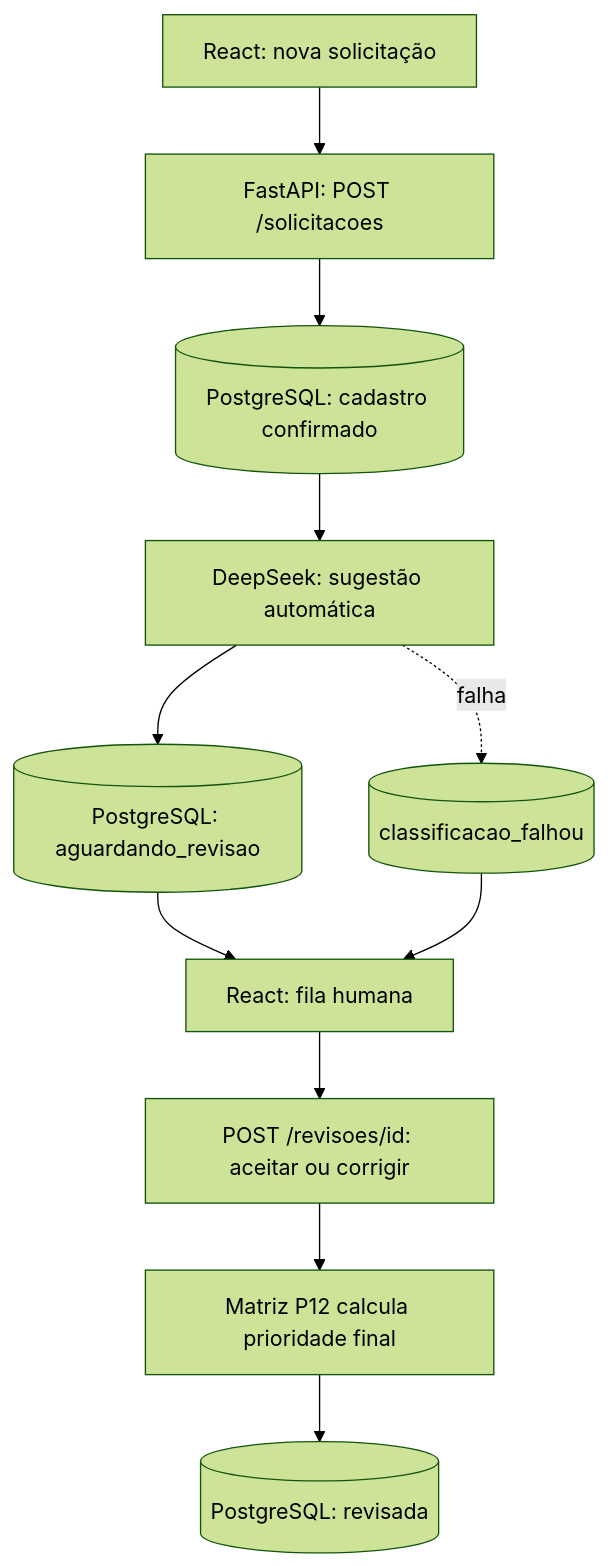
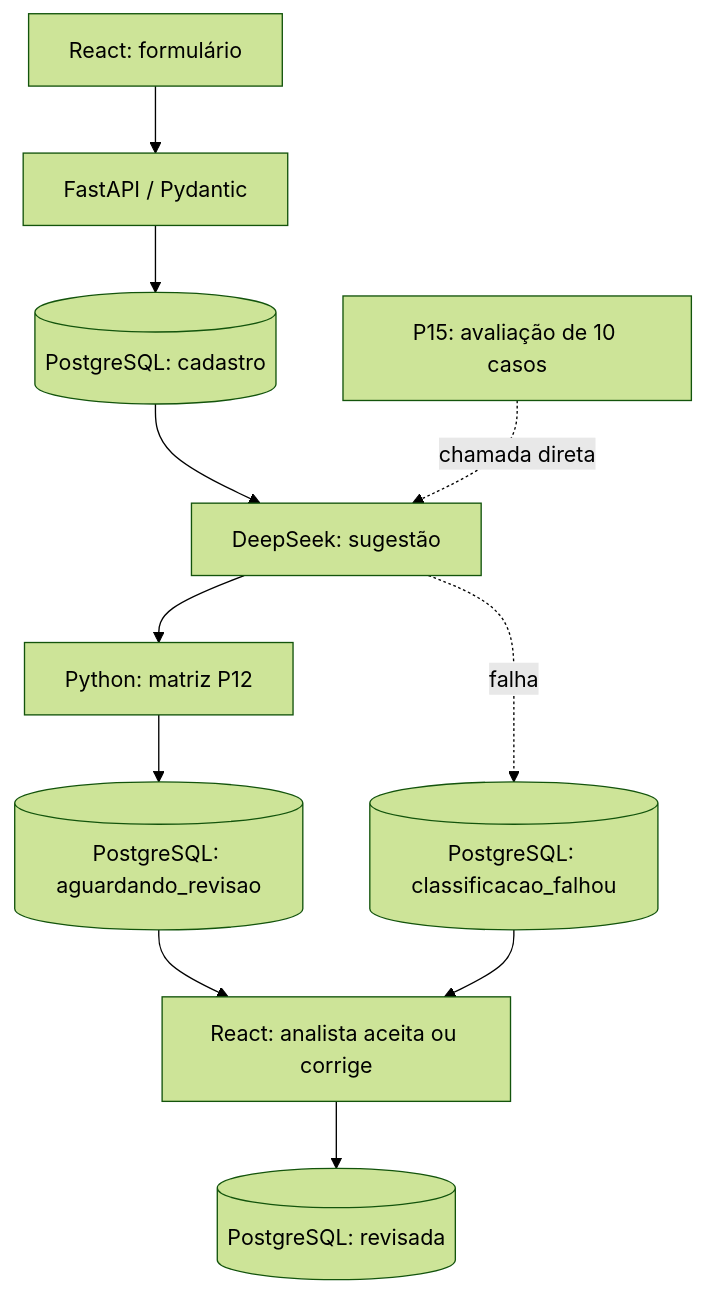
One commit to waldirevora/ai-request-classifier changed the diagram in docs/PLANO_DE_ESTUDOS_E_DICAS.md. Above: the diagram before and after it, drawn with Mermaid (forest theme). The commit also changed other lines of this file and 9 other files, not shown here.

````diff
--- a/docs/PLANO_DE_ESTUDOS_E_DICAS.md
+++ b/docs/PLANO_DE_ESTUDOS_E_DICAS.md
@@ -12,13 +12,13 @@
 ```mermaid
 flowchart TD
- A[React: nova solicitação] --> B[FastAPI: POST /solicitacoes]
- B --> C[(PostgreSQL: cadastro confirmado)]
- C --> D[DeepSeek: sugestão automática]
- D --> E[(PostgreSQL: aguardando_revisao)]
- D -. falha .-> F[(classificacao_falhou)]
- E --> G[React: fila humana]
- F --> G
- G --> H[POST /revisoes/id: aceitar ou corrigir]
- H --> I[Matriz P12 calcula prioridade final]
- I --> J[(PostgreSQL: revisada)]
+ A[React: formulário] --> B[FastAPI / Pydantic]
+ B --> C[(PostgreSQL: cadastro)]
+ C --> D[DeepSeek: sugestão]
+ D --> E[Python: matriz P12]
+ E --> F[(PostgreSQL: aguardando_revisao)]
+ D -. falha .-> G[(PostgreSQL: classificacao_falhou)]
+ F --> H[React: analista aceita ou corrige]
+ G --> H
+ H --> I[(PostgreSQL: revisada)]
+ J[P15: avaliação de 10 casos] -. chamada direta .-> D
 ```
````
